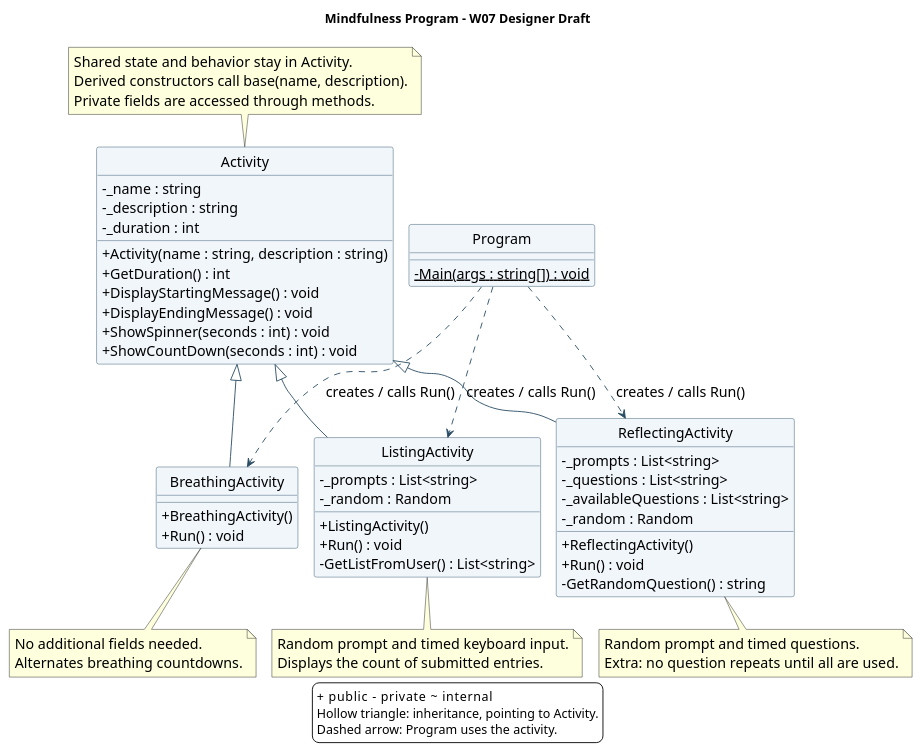
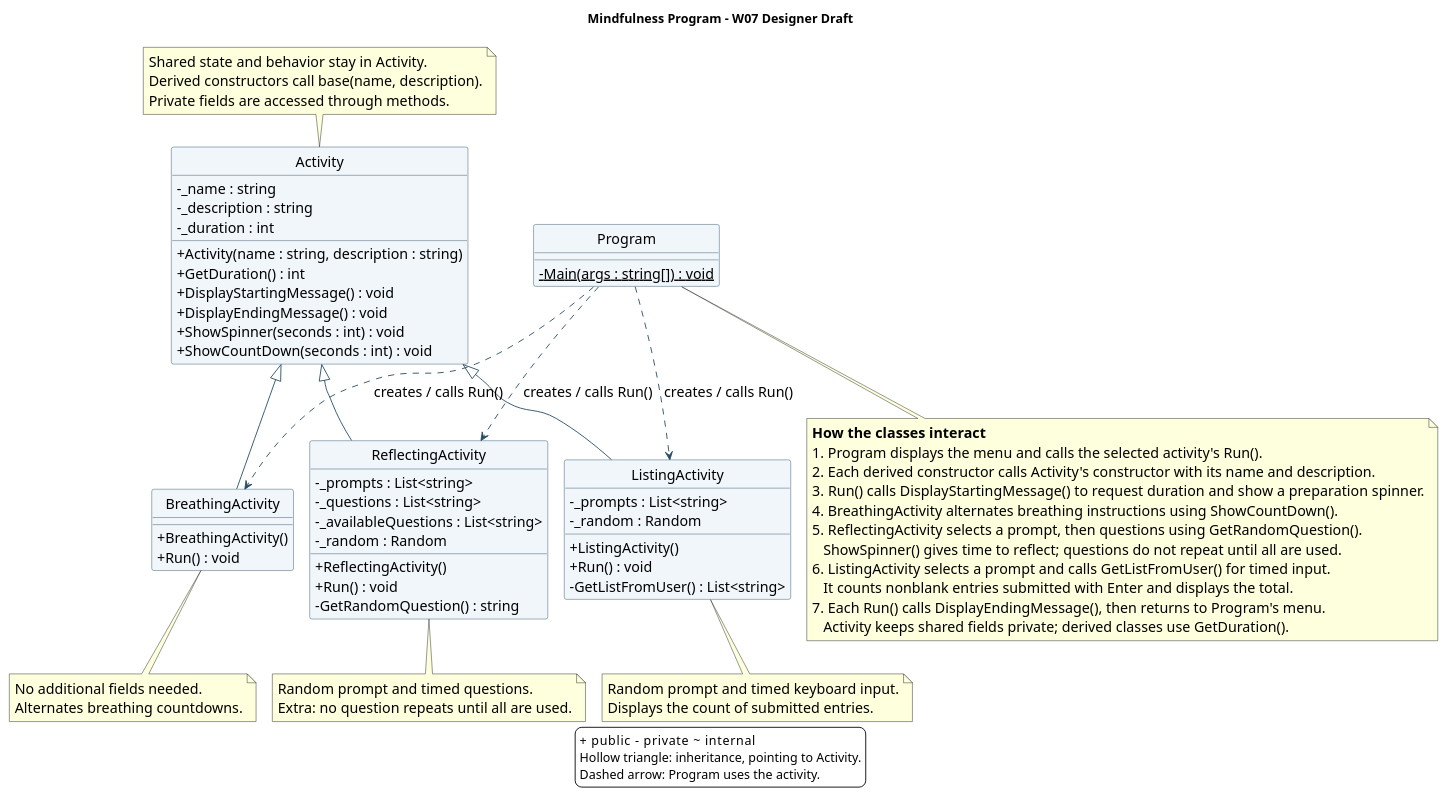
One commit to bossbabe50af/Fall2026-CSE210 changed the diagram in prove/Develop04/Mindfulness-Design.puml. Above: the diagram before and after it, drawn with PlantUML. The commit also changed other lines of this file, not shown here.

Commit message:
Explain class interactions in mindfulness design

```diff
--- a/prove/Develop04/Mindfulness-Design.puml
+++ b/prove/Develop04/Mindfulness-Design.puml
@@ -1,77 +1,91 @@
 @startuml
 !pragma layout smetana
 title Mindfulness Program - W07 Designer Draft
 skinparam classAttributeIconSize 0
 skinparam shadowing false
 skinparam backgroundColor #FFFFFF
 skinparam defaultFontName Arial
 skinparam defaultFontSize 16
 skinparam classBackgroundColor #F1F6FB
 skinparam classBorderColor #284B63
 skinparam ArrowColor #284B63
 skinparam nodesep 50
 skinparam ranksep 65
 hide circle
 class Activity {
   - _name : string
   - _description : string
   - _duration : int
   + Activity(name : string, description : string)
   + GetDuration() : int
   + DisplayStartingMessage() : void
   + DisplayEndingMessage() : void
   + ShowSpinner(seconds : int) : void
   + ShowCountDown(seconds : int) : void
 }
 class BreathingActivity {
   + BreathingActivity()
   + Run() : void
 }
 class ReflectingActivity {
   - _prompts : List<string>
   - _questions : List<string>
   - _availableQuestions : List<string>
   - _random : Random
   + ReflectingActivity()
   + Run() : void
   - GetRandomQuestion() : string
 }
 class ListingActivity {
   - _prompts : List<string>
   - _random : Random
   + ListingActivity()
   + Run() : void
   - GetListFromUser() : List<string>
 }
 class Program {
   - {static} Main(args : string[]) : void
 }
 Activity <|-- BreathingActivity
 Activity <|-- ReflectingActivity
 Activity <|-- ListingActivity
 Program ..> BreathingActivity : creates / calls Run()
 Program ..> ReflectingActivity : creates / calls Run()
 Program ..> ListingActivity : creates / calls Run()
 note top of Activity
 Shared state and behavior stay in Activity.
 Derived constructors call base(name, description).
 Private fields are accessed through methods.
 end note
 note bottom of BreathingActivity
 No additional fields needed.
 Alternates breathing countdowns.
 end note
 note bottom of ReflectingActivity
 Random prompt and timed questions.
 Extra: no question repeats until all are used.
 end note
 note bottom of ListingActivity
 Random prompt and timed keyboard input.
 Displays the count of submitted entries.
 end note
+note as Interaction
+<b>How the classes interact</b>
+1. Program displays the menu and calls the selected activity's Run().
+2. Each derived constructor calls Activity's constructor with its name and description.
+3. Run() calls DisplayStartingMessage() to request duration and show a preparation spinner.
+4. BreathingActivity alternates breathing instructions using ShowCountDown().
+5. ReflectingActivity selects a prompt, then questions using GetRandomQuestion().
+   ShowSpinner() gives time to reflect; questions do not repeat until all are used.
+6. ListingActivity selects a prompt and calls GetListFromUser() for timed input.
+   It counts nonblank entries submitted with Enter and displays the total.
+7. Each Run() calls DisplayEndingMessage(), then returns to Program's menu.
+   Activity keeps shared fields private; derived classes use GetDuration().
+end note
+Program -[hidden]down- Interaction
 legend bottom
 + public    - private    ~ internal
 Hollow triangle: inheritance, pointing to Activity.
 Dashed arrow: Program uses the activity.
 endlegend
 @enduml
```
